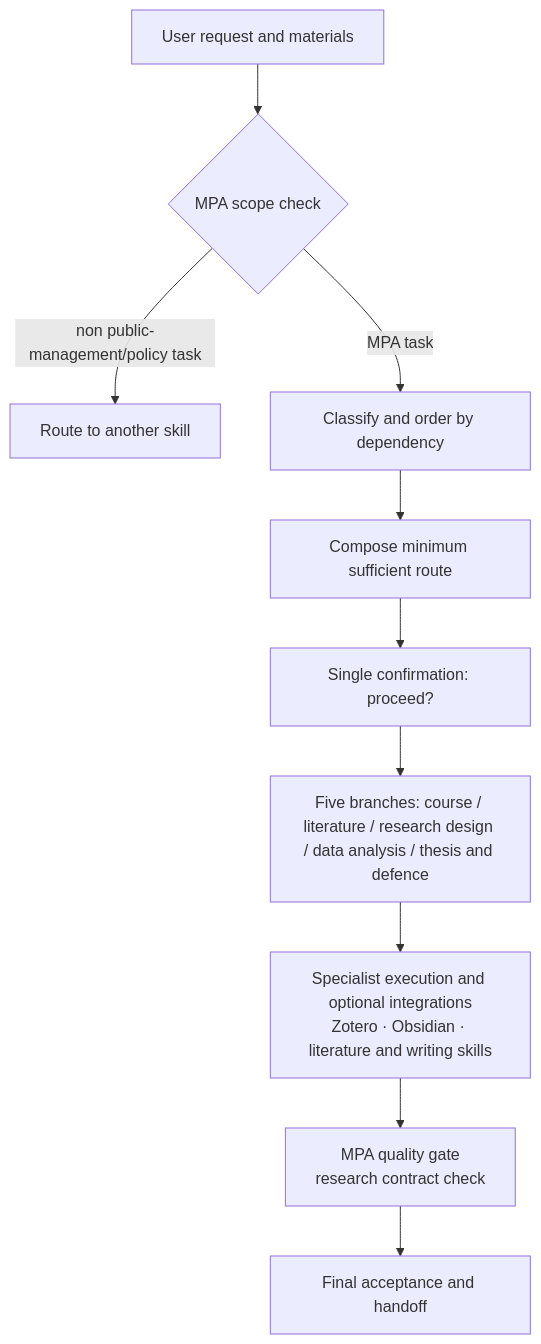
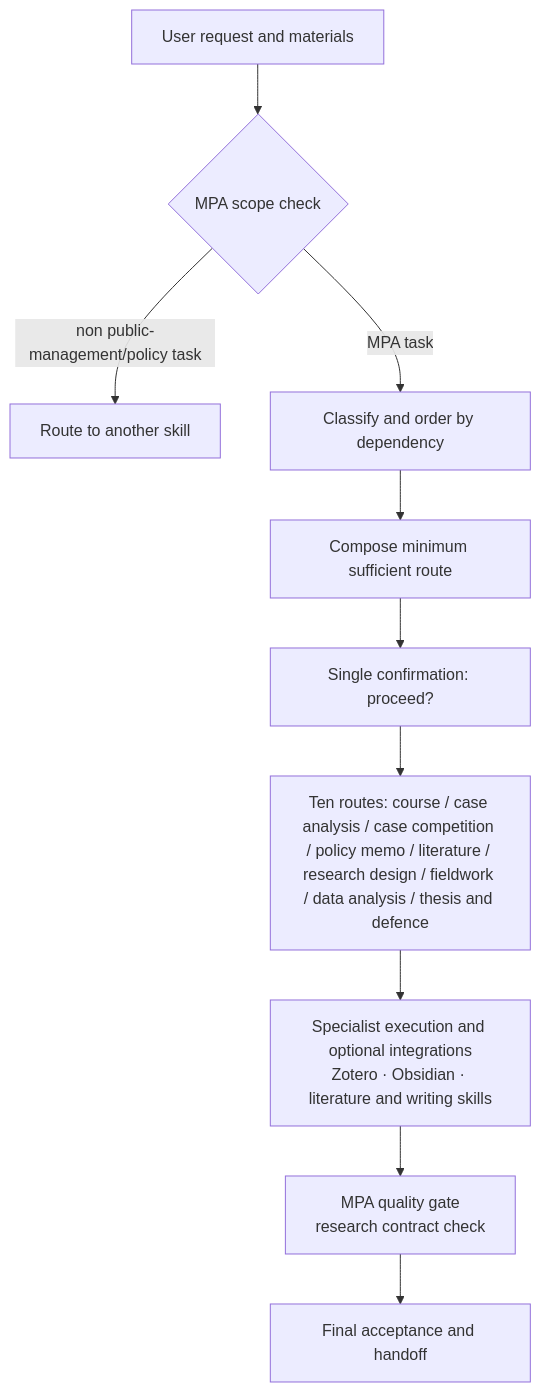
Before and after one commit to mucjustin/mpa-skill: the diagram in README.en.md, drawn with Mermaid. The commit also changed 5 other files, not shown here.

Commit message:
docs: normalize wording and fix outdated five-branch architecture diagram (v2.2.1)

````diff
--- a/README.en.md
+++ b/README.en.md
@@ -155,12 +155,12 @@
 ```mermaid
 flowchart TD
     A[User request and materials] --> B{MPA scope check}
     B -- non public-management/policy task --> C[Route to another skill]
     B -- MPA task --> D[Classify and order by dependency]
     D --> E[Compose minimum sufficient route]
     E --> F[Single confirmation: proceed?]
-    F --> G[Five branches: course / literature / research design / data analysis / thesis and defence]
+    F --> G[Ten routes: course / case analysis / case competition / policy memo / literature / research design / fieldwork / data analysis / thesis and defence]
     G --> H[Specialist execution and optional integrations<br/>Zotero · Obsidian · literature and writing skills]
     H --> I[MPA quality gate<br/>research contract check]
     I --> J[Final acceptance and handoff]
 ```
````
